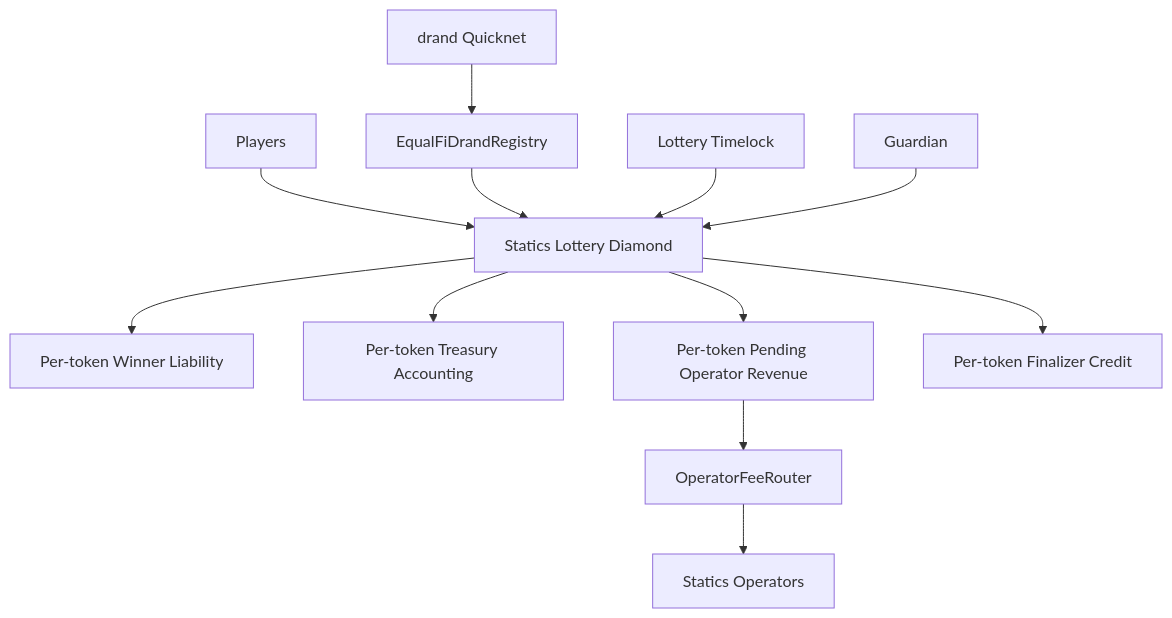
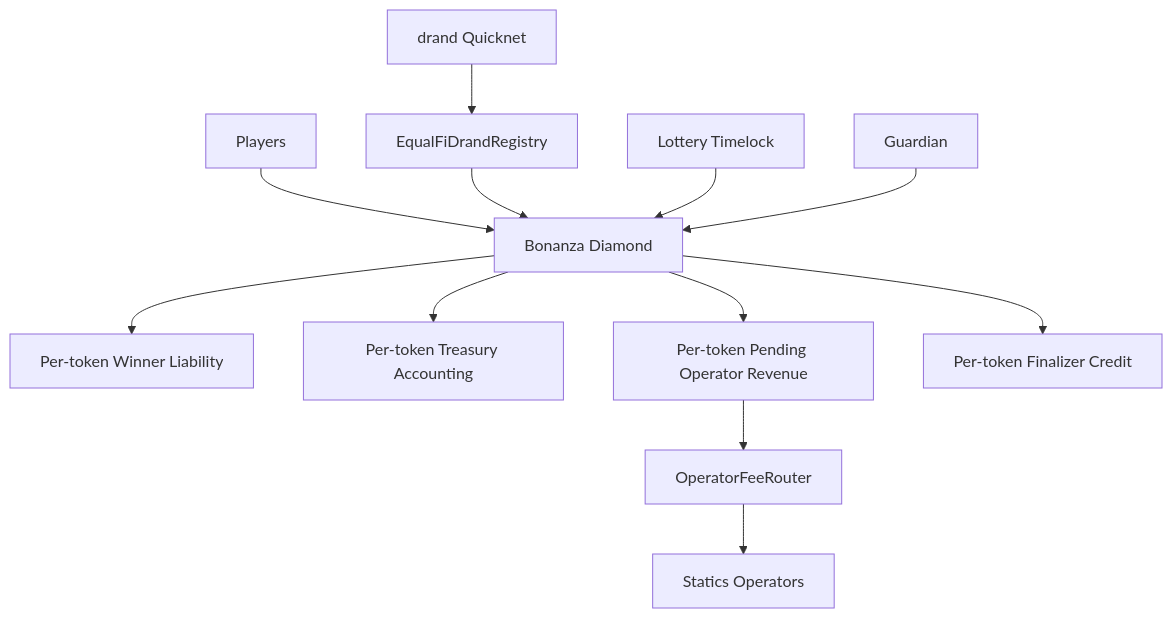
The first of 5 diagrams in specs/design.md (EqualFiLabs/bonanza), drawn with Mermaid before and after one commit. The commit also changed other lines of this file and 4 other files, not shown here.

````diff
--- a/specs/design.md
+++ b/specs/design.md
@@ -83,14 +83,14 @@
 ```mermaid
 flowchart TD
     D[drand Quicknet] --> R[EqualFiDrandRegistry]
-    U[Players] --> L[Statics Lottery Diamond]
+    U[Players] --> L[Bonanza Diamond]
     R --> L
     L --> W[Per-token Winner Liability]
     L --> T[Per-token Treasury Accounting]
     L --> O[Per-token Pending Operator Revenue]
     L --> F[Per-token Finalizer Credit]
     O --> OFR[OperatorFeeRouter]
     OFR --> OPS[Statics Operators]
     G[Lottery Timelock] --> L
     GU[Guardian] --> L
 ```
````
